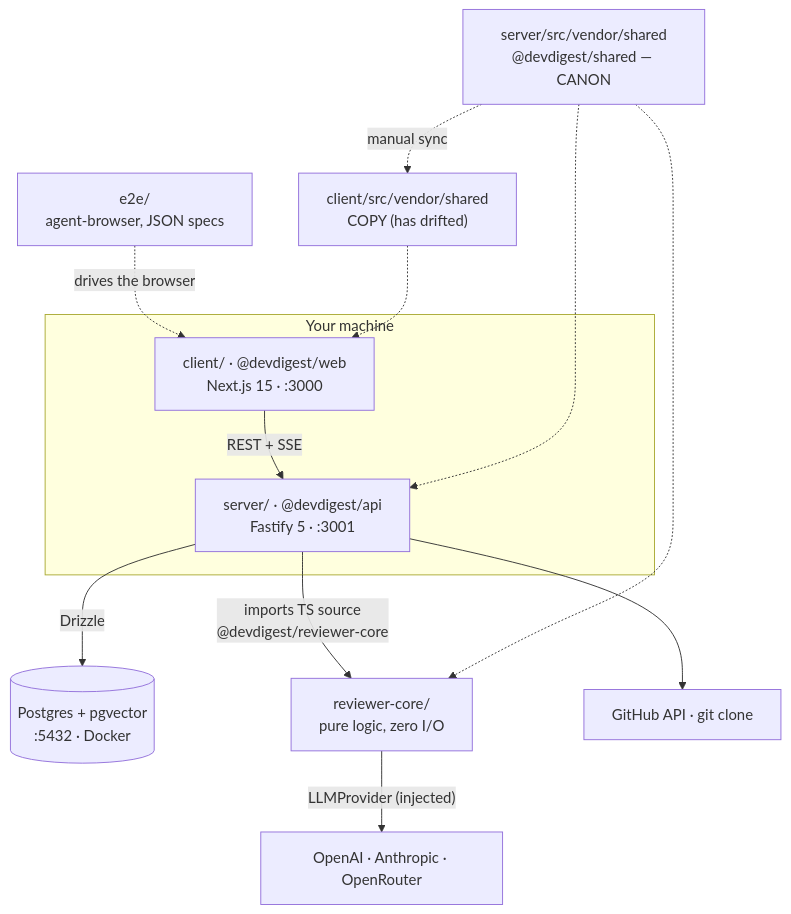
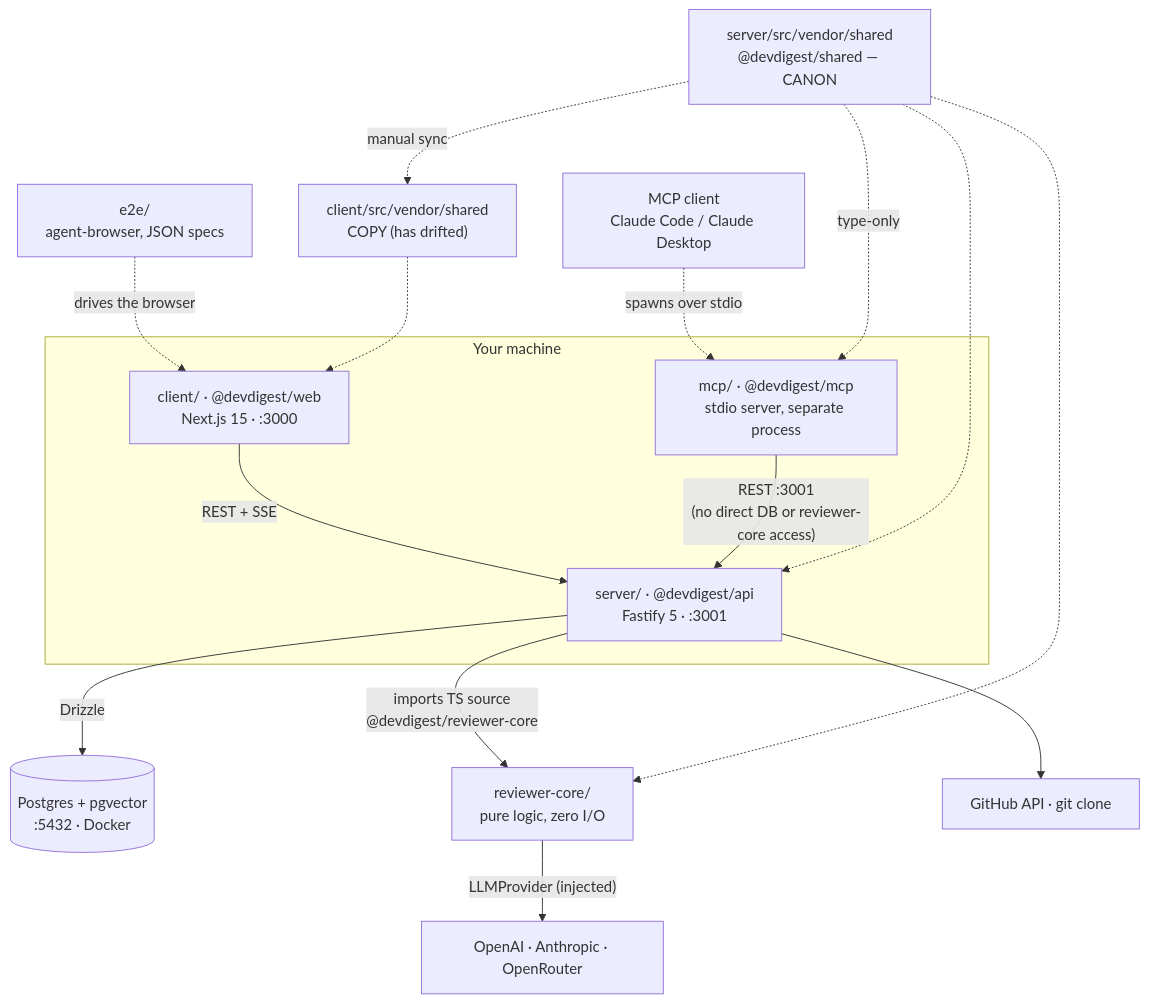
Before and after one commit to serhii-kudriashov-personal/dev-digest: the first of 3 diagrams in ONBOARDING.md, drawn with Mermaid. The commit also changed other lines of this file and 37 other files, not shown here.

Commit message:
mcp server is implemented

````diff
--- a/ONBOARDING.md
+++ b/ONBOARDING.md
@@ -62,26 +63,31 @@
 ```mermaid
 flowchart TB
+  MCPCLIENT["MCP client<br/>Claude Code / Claude Desktop"]
   subgraph host["Your machine"]
     WEB["client/ · @devdigest/web<br/>Next.js 15 · :3000"]
     API["server/ · @devdigest/api<br/>Fastify 5 · :3001"]
+    MCP["mcp/ · @devdigest/mcp<br/>stdio server, separate process"]
   end
   PG[("Postgres + pgvector<br/>:5432 · Docker")]
   CORE["reviewer-core/<br/>pure logic, zero I/O"]
   E2E["e2e/<br/>agent-browser, JSON specs"]
   LLM["OpenAI · Anthropic · OpenRouter"]
   GH["GitHub API · git clone"]
 
   WEB -->|"REST + SSE"| API
   API -->|"Drizzle"| PG
   API -->|"imports TS source<br/>@devdigest/reviewer-core"| CORE
   CORE -->|"LLMProvider (injected)"| LLM
   API --> GH
   E2E -.->|"drives the browser"| WEB
+  MCPCLIENT -.->|"spawns over stdio"| MCP
+  MCP -->|"REST :3001<br/>(no direct DB or reviewer-core access)"| API
 
   SH_S["server/src/vendor/shared<br/>@devdigest/shared — CANON"]
   SH_C["client/src/vendor/shared<br/>COPY (has drifted)"]
   SH_S -.-> API
   SH_S -.-> CORE
   SH_C -.-> WEB
+  SH_S -.->|"type-only"| MCP
   SH_S -. "manual sync" .-> SH_C
 ```
````
